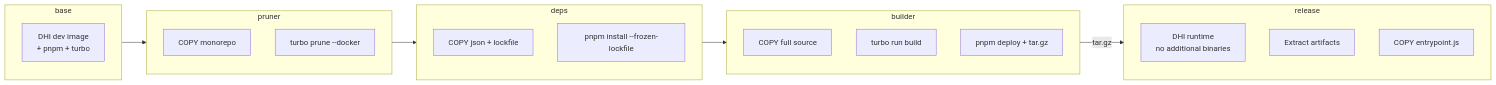
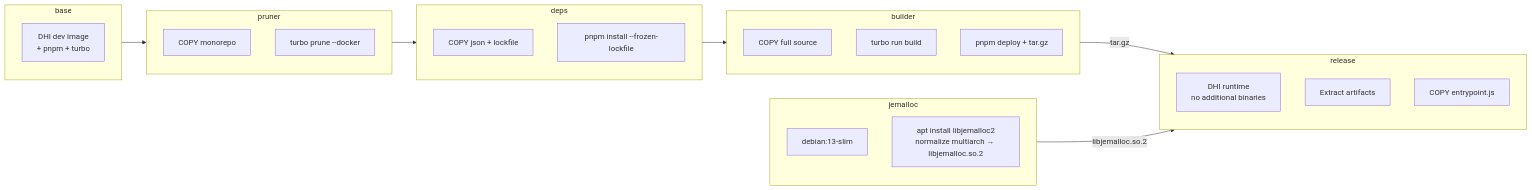
One commit to growilabs/growi changed the third of 3 diagrams in .kiro/specs/official-docker-image/design.md. Above: the diagram before and after it, drawn with Mermaid. The commit also changed other lines of this file and 4 other files, not shown here.

````diff
--- a/.kiro/specs/official-docker-image/design.md
+++ b/.kiro/specs/official-docker-image/design.md
@@ -128,31 +137,37 @@
 ```mermaid
 flowchart LR
     subgraph Stage1[base]
         S1[DHI dev image<br>+ pnpm + turbo]
     end
 
     subgraph Stage2[pruner]
         S2A[COPY monorepo]
         S2B[turbo prune --docker]
     end
 
     subgraph Stage3[deps]
         S3A[COPY json + lockfile]
         S3B[pnpm install --frozen-lockfile]
     end
 
     subgraph Stage4[builder]
         S4A[COPY full source]
         S4B[turbo run build]
         S4C[pnpm deploy + tar.gz]
     end
 
+    subgraph StageJ[jemalloc]
+        SJA[debian:13-slim]
+        SJB[apt install libjemalloc2<br>normalize multiarch → libjemalloc.so.2]
+    end
+
     subgraph Stage5[release]
         S5A[DHI runtime<br>no additional binaries]
         S5B[Extract artifacts]
         S5C[COPY entrypoint.js]
     end
 
     Stage1 --> Stage2 --> Stage3 --> Stage4
     Stage4 -->|tar.gz| Stage5
+    StageJ -->|libjemalloc.so.2| Stage5
 ```
````
